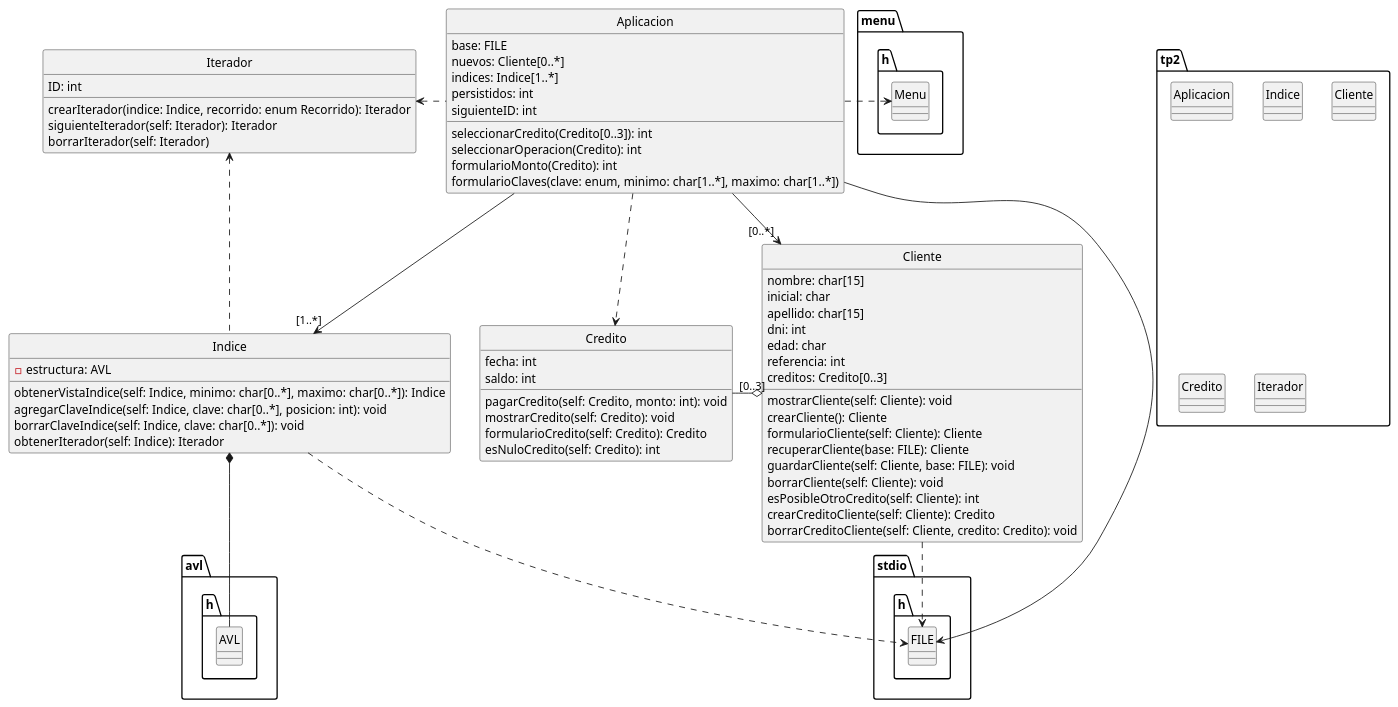
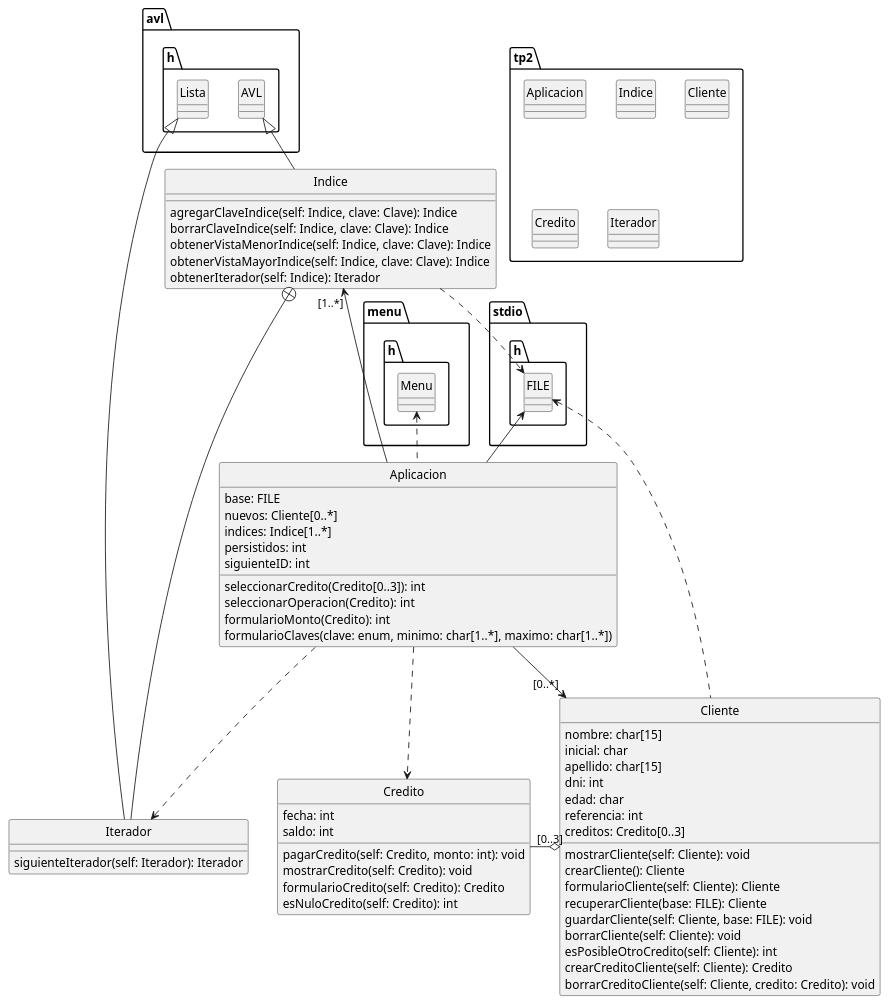
Before and after one commit to HeraclitoDeEfeso/TP-final-parte-2: the diagram in diagrama.puml, drawn with PlantUML. The commit also changed 5 other files, not shown here.

Commit message:
Indice/Iterador: interfaz y UML

```diff
--- a/diagrama.puml
+++ b/diagrama.puml
@@ -1,92 +1,91 @@
 @startuml
 
 package tp2 <<Folder>> {
     class Aplicacion
     class Indice
     class Cliente
     class Credito
     class Iterador
 }
 
 package stdio.h <<Folder>> {
     class FILE
 }
 
 package avl.h <<Folder>> {
     class AVL
+    class Lista
 }
 
 package menu.h <<Folder>> {
     class Menu
 }
 
 class Aplicacion {
 	base: FILE
 	nuevos: Cliente[0..*]
 	indices: Indice[1..*]
 	persistidos: int
 	siguienteID: int
 	seleccionarCredito(Credito[0..3]): int
 	seleccionarOperacion(Credito): int
 	formularioMonto(Credito): int
 	formularioClaves(clave: enum, minimo: char[1..*], maximo: char[1..*])
 }
 
 class Cliente {
 	nombre: char[15]
  	inicial: char
 	apellido: char[15]
 	dni: int
 	edad: char
 	referencia: int
 	creditos: Credito[0..3]
 	mostrarCliente(self: Cliente): void
 	crearCliente(): Cliente
 	formularioCliente(self: Cliente): Cliente
 	recuperarCliente(base: FILE): Cliente
 	guardarCliente(self: Cliente, base: FILE): void
 	borrarCliente(self: Cliente): void
 	esPosibleOtroCredito(self: Cliente): int
 	crearCreditoCliente(self: Cliente): Credito
 	borrarCreditoCliente(self: Cliente, credito: Credito): void
 }
 
 class Credito {
 	fecha: int
   	saldo: int
 	pagarCredito(self: Credito, monto: int): void
 	mostrarCredito(self: Credito): void
 	formularioCredito(self: Credito): Credito
 	esNuloCredito(self: Credito): int
 }
 
 class Indice {
-	-estructura: AVL
-	obtenerVistaIndice(self: Indice, minimo: char[0..*], maximo: char[0..*]): Indice
-	agregarClaveIndice(self: Indice, clave: char[0..*], posicion: int): void
-	borrarClaveIndice(self: Indice, clave: char[0..*]): void
-	obtenerIterador(self: Indice): Iterador
+    agregarClaveIndice(self: Indice, clave: Clave): Indice
+    borrarClaveIndice(self: Indice, clave: Clave): Indice
+    obtenerVistaMenorIndice(self: Indice, clave: Clave): Indice
+    obtenerVistaMayorIndice(self: Indice, clave: Clave): Indice
+    obtenerIterador(self: Indice): Iterador
 }
 
 class Iterador {
-	ID: int
-	crearIterador(indice: Indice, recorrido: enum Recorrido): Iterador
 	siguienteIterador(self: Iterador): Iterador
-	borrarIterador(self: Iterador)
 }
 
-Aplicacion .left.> Menu
-Aplicacion --> "[1..*]" Indice
-Aplicacion --> FILE
+Aplicacion .up.> Menu
+Aplicacion -left-> "[1..*]" Indice
+Aplicacion -up-> FILE
 Aplicacion --> "[0..*]" Cliente
 Aplicacion ..> Credito
 Cliente o-left- "[0..3]" Credito
-Cliente ..> FILE
+Cliente .up.> FILE
 Indice ..> FILE
-Indice *-down- AVL
-Indice .up.> Iterador
-Aplicacion .left.> Iterador
+Indice -up-|> AVL
+Indice +-down- Iterador
+Iterador -up-|> Lista
+Aplicacion ..> Iterador
 
 hide class circle
 
 @enduml
```
